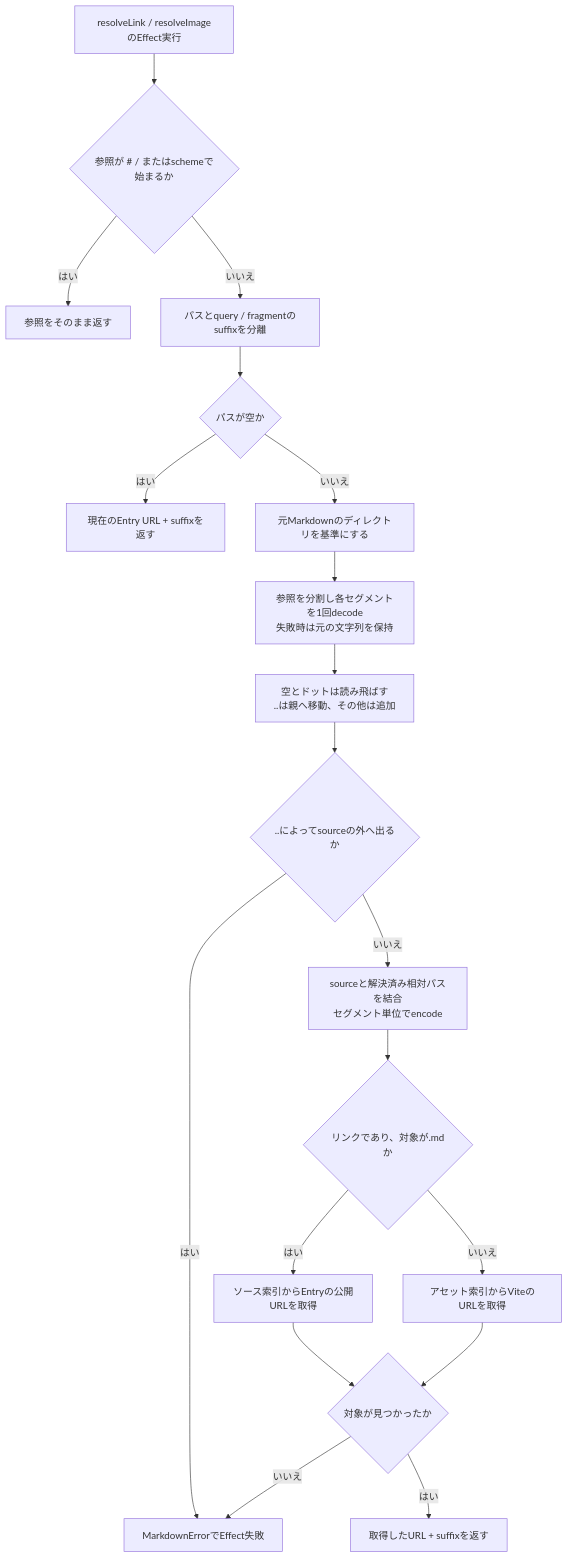
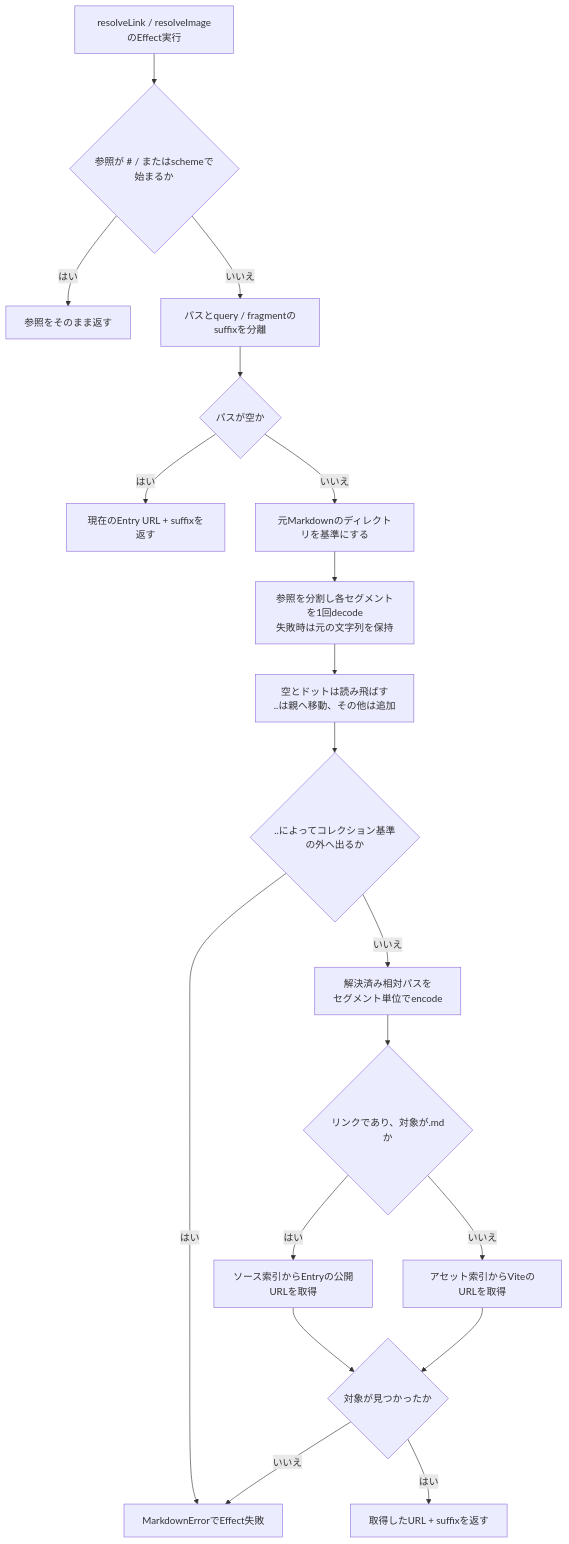
Before and after one commit to totto2727-org/effective-rsc: the third of 3 diagrams in docs/MARKDOWN.md, drawn with Mermaid. The commit also changed other lines of this file and 7 other files, not shown here.

````diff
--- a/docs/MARKDOWN.md
+++ b/docs/MARKDOWN.md
@@ -91,21 +94,21 @@
 ```mermaid
 flowchart TD
     A["resolveLink / resolveImageのEffect実行"] --> B{"参照が # / またはschemeで始まるか"}
     B -->|はい| C["参照をそのまま返す"]
     B -->|いいえ| D["パスとquery / fragmentのsuffixを分離"]
     D --> E{"パスが空か"}
     E -->|はい| F["現在のEntry URL + suffixを返す"]
     E -->|いいえ| G["元Markdownのディレクトリを基準にする"]
     G --> H["参照を分割し各セグメントを1回decode<br/>失敗時は元の文字列を保持"]
     H --> I["空とドットは読み飛ばす<br/>..は親へ移動、その他は追加"]
-    I --> J{"..によってsourceの外へ出るか"}
+    I --> J{"..によってコレクション基準の外へ出るか"}
     J -->|はい| X["MarkdownErrorでEffect失敗"]
-    J -->|いいえ| K["sourceと解決済み相対パスを結合<br/>セグメント単位でencode"]
+    J -->|いいえ| K["解決済み相対パスを<br/>セグメント単位でencode"]
     K --> L{"リンクであり、対象が.mdか"}
     L -->|はい| M["ソース索引からEntryの公開URLを取得"]
     L -->|いいえ| N["アセット索引からViteのURLを取得"]
     M --> O{"対象が見つかったか"}
     N --> O
     O -->|いいえ| X
     O -->|はい| P["取得したURL + suffixを返す"]
 ```
````
